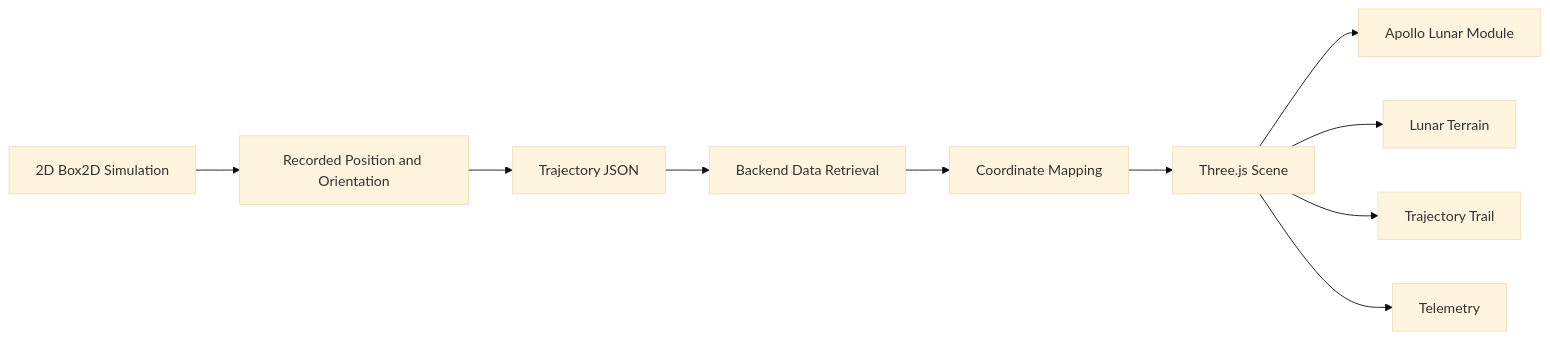
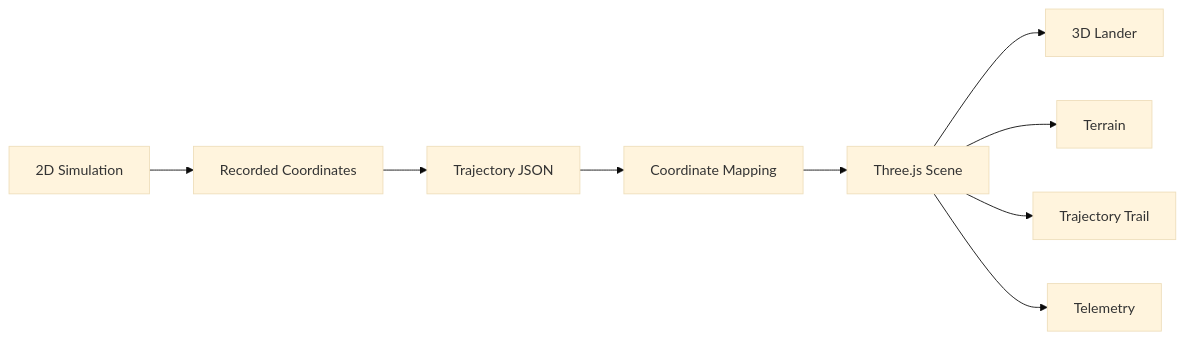
One commit to Jayz-yuors/REWO-LANDER changed the fourth of 4 diagrams in README.md. Above: the diagram before and after it, drawn with Mermaid (base theme). The commit also changed other lines of this file, not shown here.

````diff
--- a/README.md
+++ b/README.md
@@ -312,12 +141,11 @@
 ```mermaid
 flowchart LR
-    A["2D Box2D Simulation"] --> B["Recorded Position and Orientation"]
+    A["2D Simulation"] --> B["Recorded Coordinates"]
     B --> C["Trajectory JSON"]
-    C --> D["Backend Data Retrieval"]
-    D --> E["Coordinate Mapping"]
-    E --> F["Three.js Scene"]
-    F --> G["Apollo Lunar Module"]
-    F --> H["Lunar Terrain"]
-    F --> I["Trajectory Trail"]
-    F --> J["Telemetry"]
+    C --> D["Coordinate Mapping"]
+    D --> E["Three.js Scene"]
+    E --> F["3D Lander"]
+    E --> G["Terrain"]
+    E --> H["Trajectory Trail"]
+    E --> I["Telemetry"]
 ```
````
